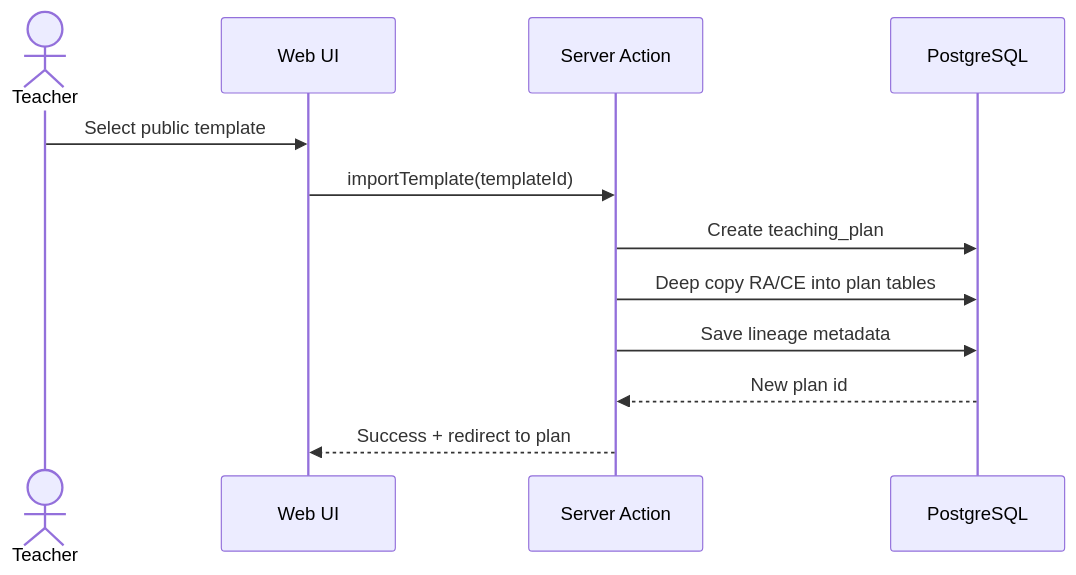
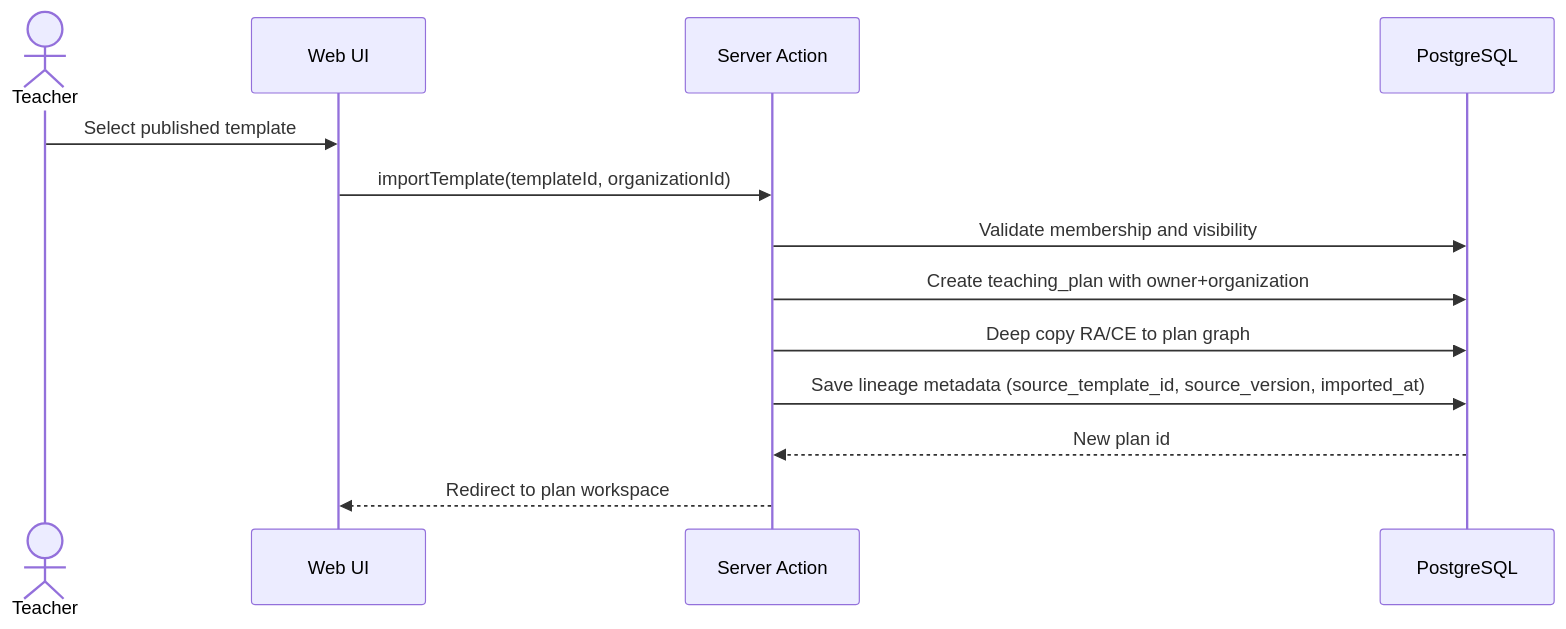
Before and after one commit to smontes-profe/program-planner: the third of 4 diagrams in docs/ARCHITECTURE.md, drawn with Mermaid. The commit also changed other lines of this file and 5 other files, not shown here.

````diff
--- a/docs/ARCHITECTURE.md
+++ b/docs/ARCHITECTURE.md
@@ -160,15 +203,16 @@
 ```mermaid
 sequenceDiagram
-    actor T as Teacher
+    actor U as Teacher
     participant UI as Web UI
     participant SA as Server Action
     participant DB as PostgreSQL
 
-    T->>UI: Select public template
-    UI->>SA: importTemplate(templateId)
-    SA->>DB: Create teaching_plan
-    SA->>DB: Deep copy RA/CE into plan tables
-    SA->>DB: Save lineage metadata
+    U->>UI: Select published template
+    UI->>SA: importTemplate(templateId, organizationId)
+    SA->>DB: Validate membership and visibility
+    SA->>DB: Create teaching_plan with owner+organization
+    SA->>DB: Deep copy RA/CE to plan graph
+    SA->>DB: Save lineage metadata (source_template_id, source_version, imported_at)
     DB-->>SA: New plan id
-    SA-->>UI: Success + redirect to plan
+    SA-->>UI: Redirect to plan workspace
 ```
````
